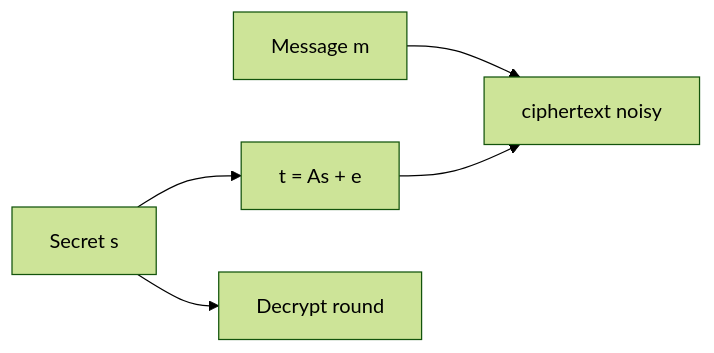
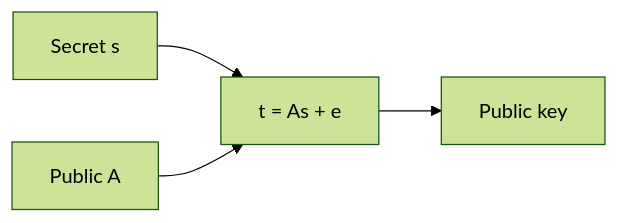
Before and after one commit to kalyogyogi-ui/Ai-check-: the first of 2 diagrams in manuscript/chapters/05-lattice-based.md, drawn with Mermaid (forest theme). The commit also changed other lines of this file and 31 other files, not shown here.

First line of the commit message:
Fix figure placement: in-section after intro text, repair corrupted headings

````diff
--- a/manuscript/chapters/05-lattice-based.md
+++ b/manuscript/chapters/05-lattice-based.md
@@ -7,7 +71,6 @@
 ```mermaid
 flowchart LR
-  SK[Secret s] --> PK[t = As + e]
-  MSG[Message m] --> CT[ciphertext noisy]
-  PK --> CT
-  SK --> DEC[Decrypt round]
+  s[Secret s] --> t[t = As + e]
+  A[Public A] --> t
+  t --> pk[Public key]
 ```
````
